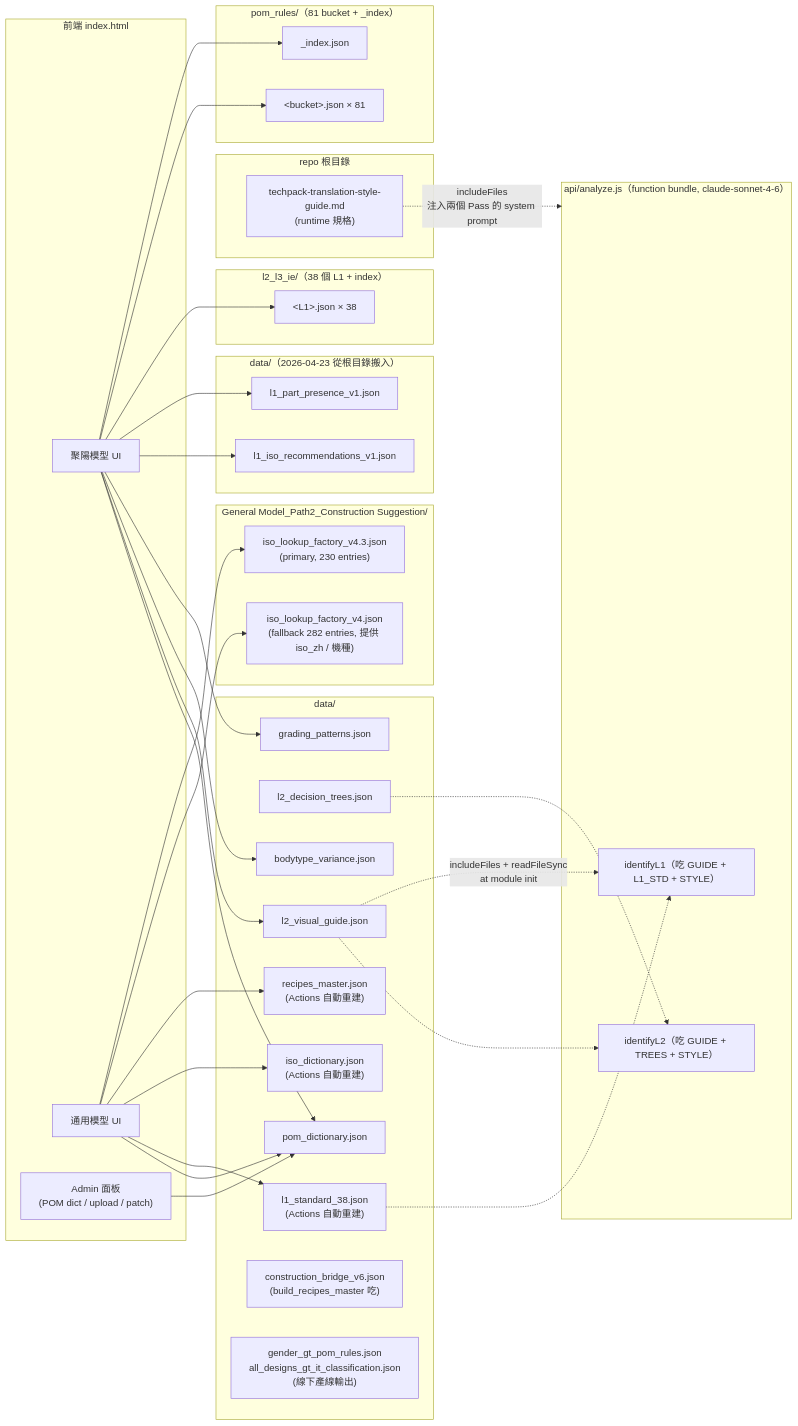
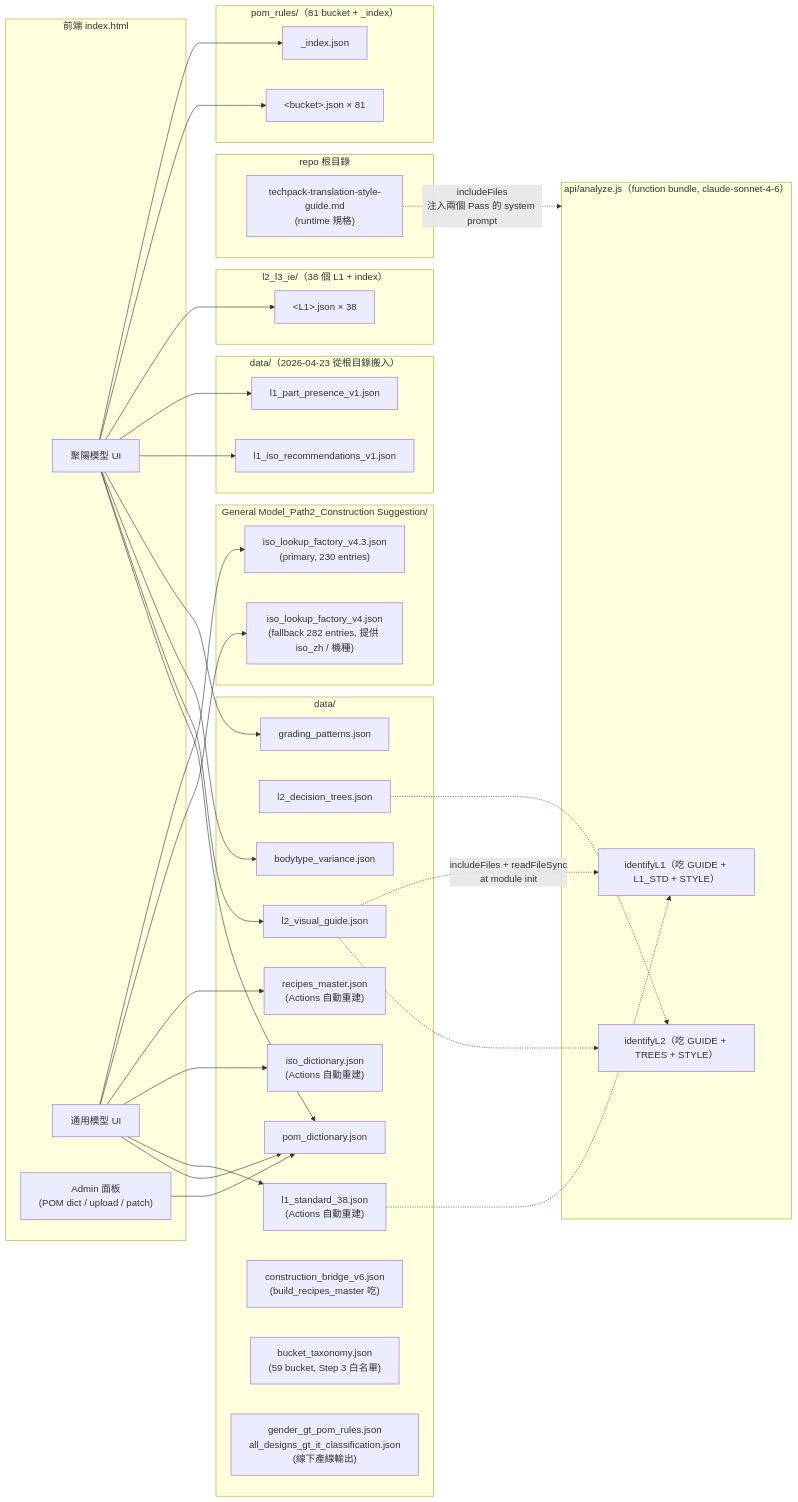
One commit to ellyfd/stytrix-techpack changed the third of 4 diagrams in 網站架構圖.md. Above: the diagram before and after it, drawn with Mermaid. The commit also changed other lines of this file and 1 other file, not shown here.

First line of the commit message:
docs: 同步 README + 架構圖到 main 最新狀態

````diff
--- a/網站架構圖.md
+++ b/網站架構圖.md
@@ -100,80 +100,81 @@
 ```mermaid
 flowchart LR
   subgraph Front["前端 index.html"]
     FE_make["聚陽模型 UI"]
     FE_uni["通用模型 UI"]
     FE_admin["Admin 面板<br/>(POM dict / upload / patch)"]
   end
 
   subgraph Fn["api/analyze.js（function bundle, claude-sonnet-4-6）"]
     FN_pass1["identifyL1（吃 GUIDE + L1_STD + STYLE）"]
     FN_pass2["identifyL2（吃 GUIDE + TREES + STYLE）"]
   end
 
   subgraph DataDir["data/"]
     D_guide["l2_visual_guide.json"]
     D_trees["l2_decision_trees.json"]
     D_grading["grading_patterns.json"]
     D_bodyvar["bodytype_variance.json"]
     D_pomdict["pom_dictionary.json"]
     D_recipes["recipes_master.json<br/>(Actions 自動重建)"]
     D_isodict["iso_dictionary.json<br/>(Actions 自動重建)"]
     D_l1std["l1_standard_38.json<br/>(Actions 自動重建)"]
     D_bridge["construction_bridge_v6.json<br/>(build_recipes_master 吃)"]
+    D_taxonomy["bucket_taxonomy.json<br/>(59 bucket, Step 3 白名單)"]
     D_gender["gender_gt_pom_rules.json<br/>all_designs_gt_it_classification.json<br/>(線下產線輸出)"]
   end
 
   subgraph PomRules["pom_rules/（81 bucket + _index）"]
     P_index["_index.json"]
     P_files["&lt;bucket&gt;.json × 81"]
   end
 
   subgraph IE["l2_l3_ie/（38 個 L1 + index）"]
     IE_files["&lt;L1&gt;.json × 38"]
   end
 
   subgraph Path2["General Model_Path2_Construction Suggestion/"]
     G_v43["iso_lookup_factory_v4.3.json<br/>(primary, 230 entries)"]
     G_v4["iso_lookup_factory_v4.json<br/>(fallback 282 entries, 提供 iso_zh / 機種)"]
   end
 
   subgraph Root["repo 根目錄"]
     R_style["techpack-translation-style-guide.md<br/>(runtime 規格)"]
   end
 
   subgraph DataL1["data/（2026-04-23 從根目錄搬入）"]
     R_pres["l1_part_presence_v1.json"]
     R_iso["l1_iso_recommendations_v1.json"]
   end
 
   %% function bundle (compile-time include)
   D_guide -. "includeFiles + readFileSync<br/>at module init" .-> FN_pass1
   D_l1std -.-> FN_pass1
   D_guide -.-> FN_pass2
   D_trees -.-> FN_pass2
   R_style -. "includeFiles<br/>注入兩個 Pass 的 system prompt" .-> Fn
 
   %% 聚陽模型 runtime fetch
   FE_make --> P_index
   FE_make --> P_files
   FE_make --> IE_files
   FE_make --> R_pres
   FE_make --> R_iso
   FE_make --> D_grading
   FE_make --> D_bodyvar
   FE_make --> D_guide
 
   %% 通用模型 runtime fetch
   FE_uni --> G_v43
   FE_uni --> G_v4
   FE_uni --> D_recipes
   FE_uni --> D_isodict
   FE_uni --> D_l1std
 
   %% 共用
   FE_make --> D_pomdict
   FE_uni --> D_pomdict
 
   %% admin
   FE_admin --> D_pomdict
 ```
````
